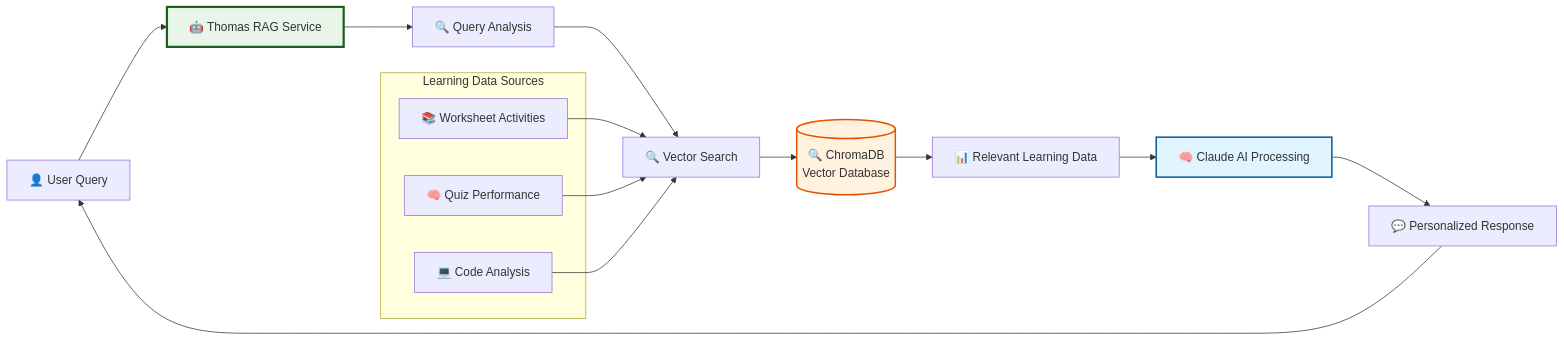
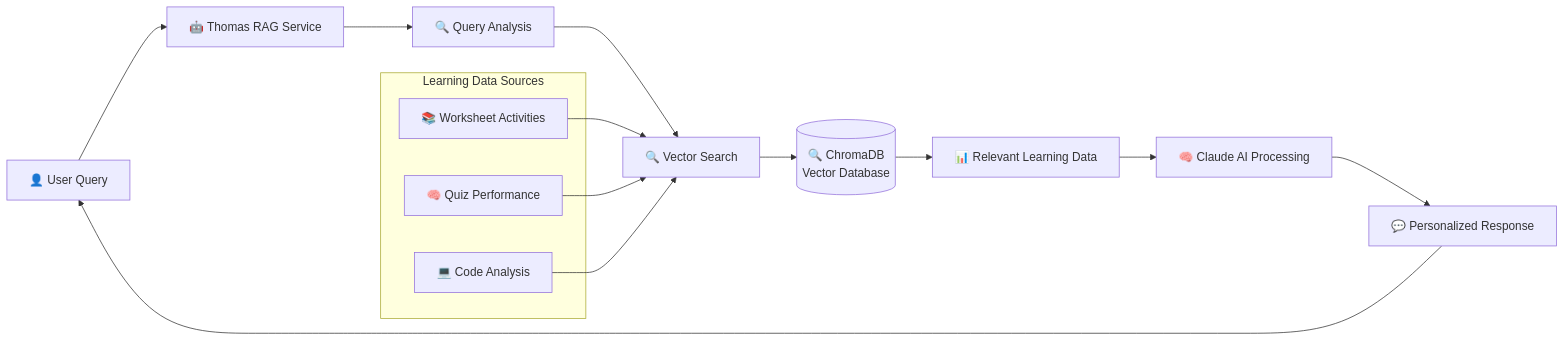
The second of 2 diagrams in README.md (liran-mazor/worksheeter), drawn with Mermaid before and after one commit. The commit also changed other lines of this file, not shown here.

````diff
--- a/README.md
+++ b/README.md
@@ -131,25 +120,21 @@
 ```mermaid
 graph LR
     User[👤 User Query] --> Thomas[🤖 Thomas RAG Service]
     Thomas --> Query[🔍 Query Analysis]
     Query --> Vector[🔍 Vector Search]
     Vector --> Chroma[(🔍 ChromaDB<br/>Vector Database)]
     Chroma --> Results[📊 Relevant Learning Data]
     Results --> Claude[🧠 Claude AI Processing]
     Claude --> Response[💬 Personalized Response]
     Response --> User
     
     subgraph "Learning Data Sources"
         Worksheets[📚 Worksheet Activities]
         Quizzes[🧠 Quiz Performance]
         Coding[💻 Code Analysis]
     end
     
     Worksheets --> Vector
     Quizzes --> Vector
     Coding --> Vector
-    
-    style Thomas fill:#e8f5e8,stroke:#1b5e20,stroke-width:3px
-    style Chroma fill:#fff3e0,stroke:#e65100,stroke-width:2px
-    style Claude fill:#e1f5fe,stroke:#01579b,stroke-width:2px
 ```
````
